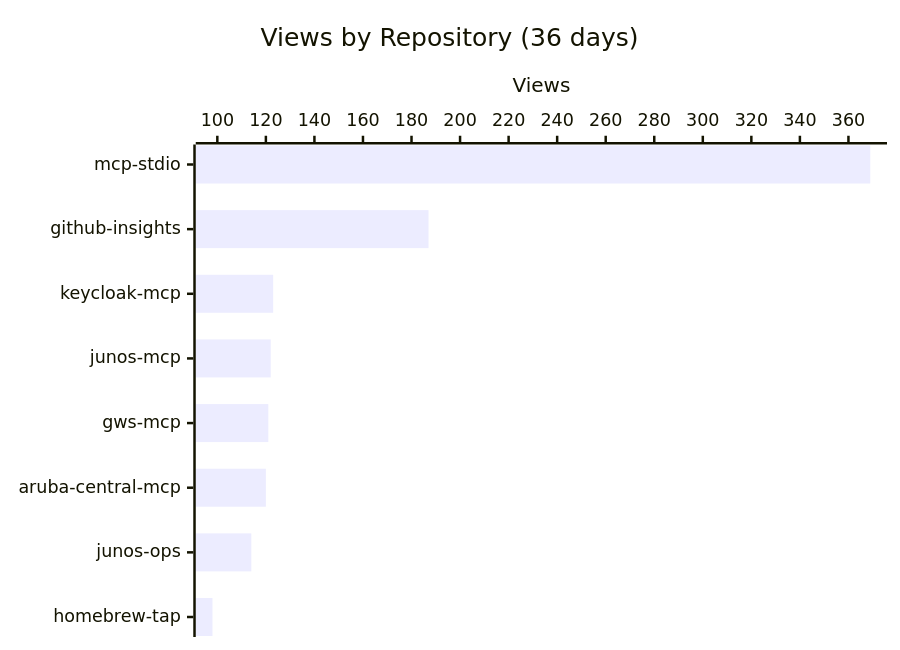
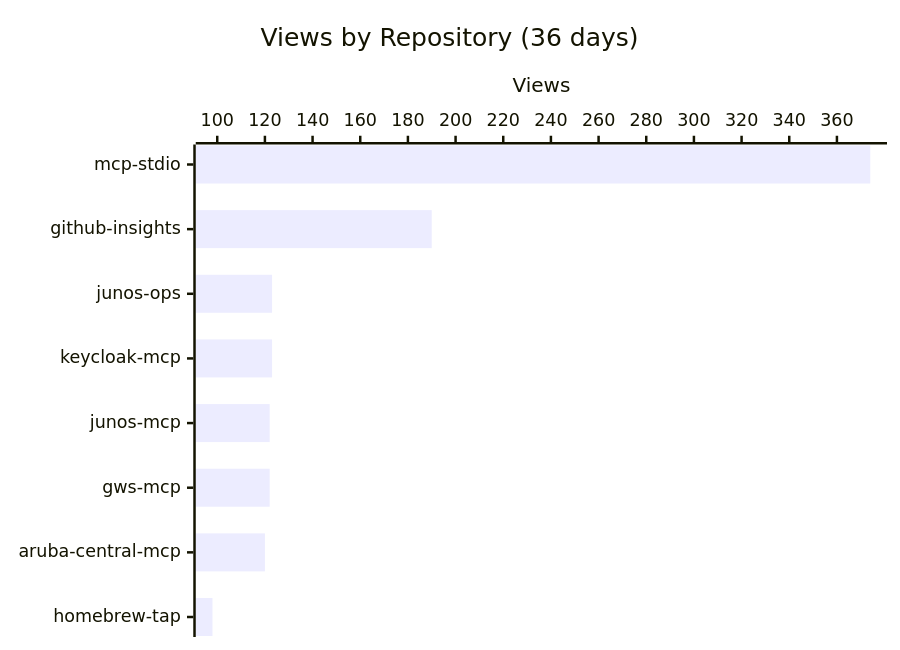
The first of 3 diagrams in README.md (shigechika/github-insights), drawn with Mermaid before and after one commit. The commit also changed other lines of this file and 1 other file, not shown here.

````diff
--- a/README.md
+++ b/README.md
@@ -14,7 +14,7 @@
 ```mermaid
 xychart-beta horizontal
     title "Views by Repository (36 days)"
-    x-axis ["mcp-stdio", "github-insights", "keycloak-mcp", "junos-mcp", "gws-mcp", "aruba-central-mcp", "junos-ops", "homebrew-tap"]
+    x-axis ["mcp-stdio", "github-insights", "junos-ops", "keycloak-mcp", "junos-mcp", "gws-mcp", "aruba-central-mcp", "homebrew-tap"]
     y-axis "Views"
-    bar [369, 187, 123, 122, 121, 120, 114, 98]
+    bar [374, 190, 123, 123, 122, 122, 120, 98]
 ```
````
